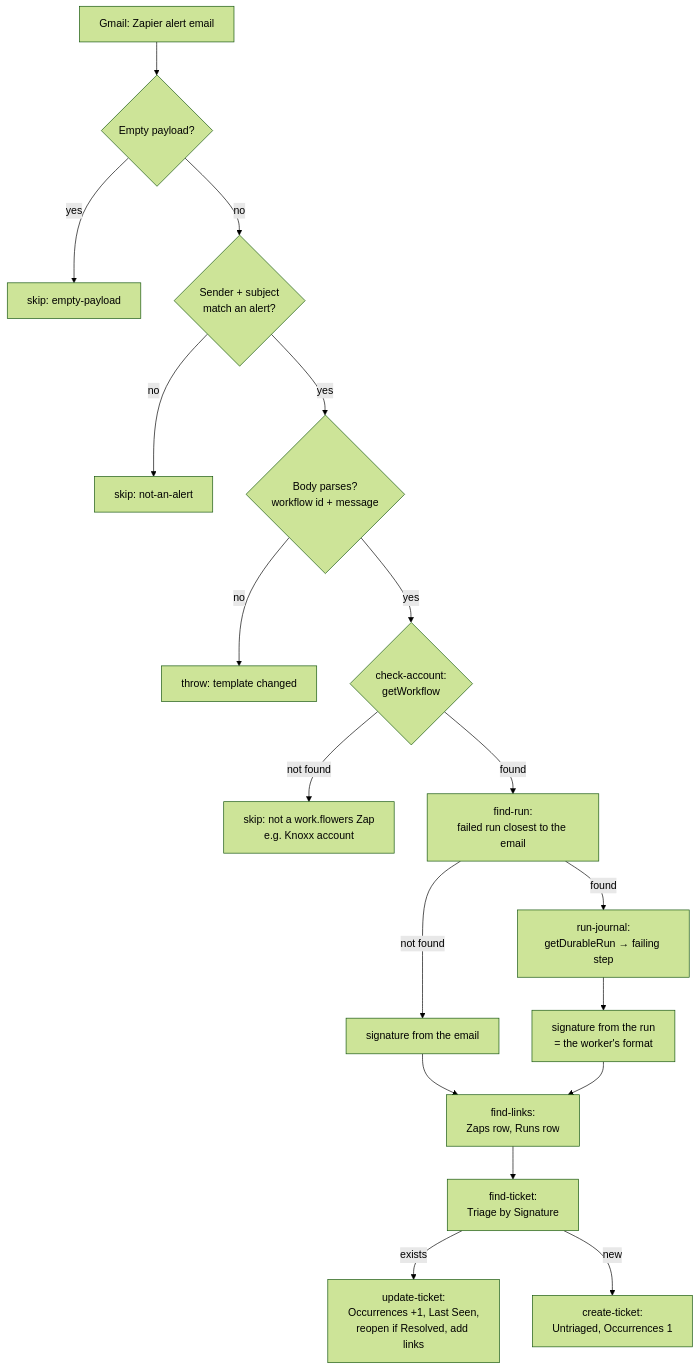
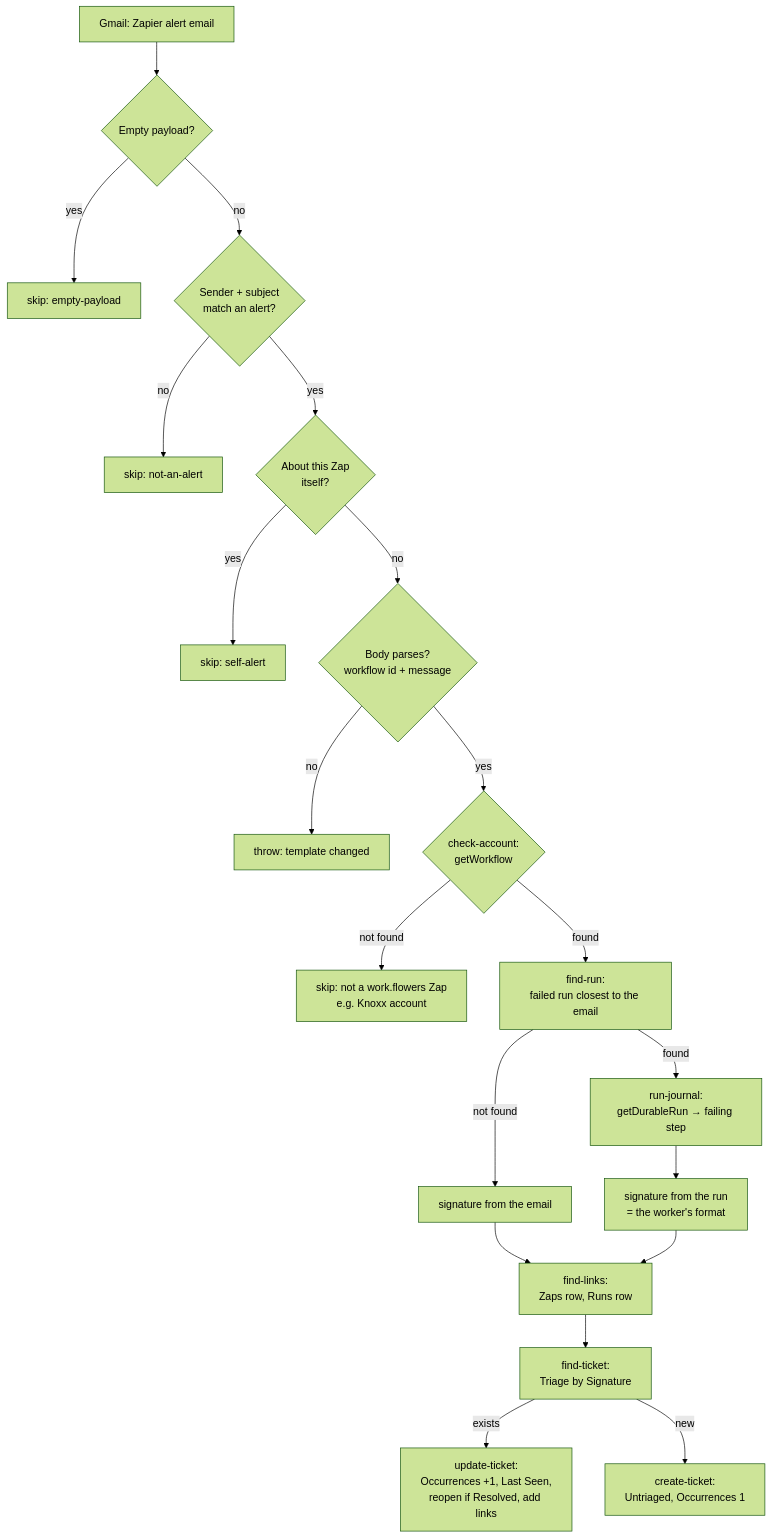
One commit to work-flowers/zapier-sdk changed the diagram in zapier-error-email-to-triage/README.md. Above: the diagram before and after it, drawn with Mermaid (forest theme). The commit also changed other lines of this file and 4 other files, not shown here.

````diff
--- a/zapier-error-email-to-triage/README.md
+++ b/zapier-error-email-to-triage/README.md
@@ -26,20 +28,22 @@
 ```mermaid
 flowchart TD
   A[Gmail: Zapier alert email] --> B{Empty payload?}
   B -- yes --> Z1[skip: empty-payload]
   B -- no --> C{Sender + subject<br/>match an alert?}
   C -- no --> Z2[skip: not-an-alert]
-  C -- yes --> D{Body parses?<br/>workflow id + message}
+  C -- yes --> SA{About this Zap<br/>itself?}
+  SA -- yes --> Z4[skip: self-alert]
+  SA -- no --> D{Body parses?<br/>workflow id + message}
   D -- no --> X[throw: template changed]
   D -- yes --> E{check-account:<br/>getWorkflow}
   E -- not found --> Z3[skip: not a work.flowers Zap<br/>e.g. Knoxx account]
   E -- found --> R[find-run:<br/>failed run closest to the email]
   R -- found --> J[run-journal:<br/>getDurableRun → failing step]
   R -- not found --> S[signature from the email]
   J --> S2[signature from the run<br/>= the worker's format]
   S --> L[find-links:<br/>Zaps row, Runs row]
   S2 --> L
   L --> F[find-ticket:<br/>Triage by Signature]
   F -- exists --> G[update-ticket:<br/>Occurrences +1, Last Seen,<br/>reopen if Resolved, add links]
   F -- new --> H[create-ticket:<br/>Untriaged, Occurrences 1]
 ```
````
